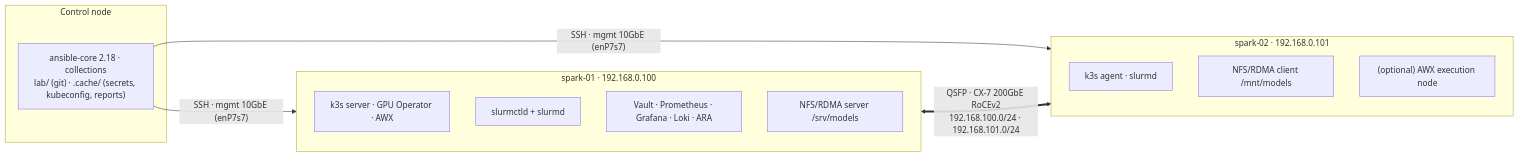
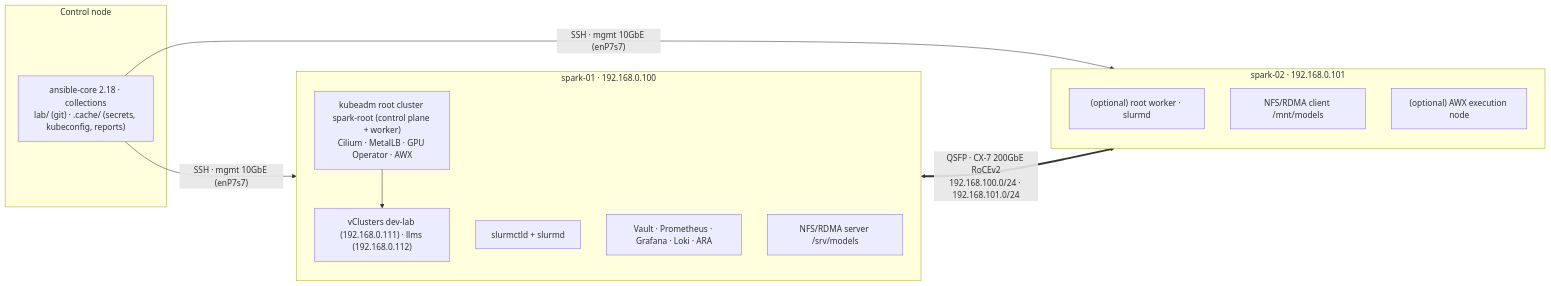
Before and after one commit to cloudone365/technical-depth: the diagram in 01 Ansible/README.md, drawn with Mermaid. The commit also changed other lines of this file and 53 other files, not shown here.

First line of the commit message:
Rewrite 01 Ansible and 02 Kubernetes volumes for the kubeadm root + two vClusters

````diff
--- a/01 Ansible/README.md
+++ b/01 Ansible/README.md
@@ -11,21 +11,23 @@
 ```mermaid
 flowchart LR
   subgraph CTL["Control node"]
     ANS["ansible-core 2.18 · collections<br/>lab/ (git) · .cache/ (secrets, kubeconfig, reports)"]
   end
   subgraph S1["spark-01 · 192.168.0.100"]
     direction TB
-    S1A["k3s server · GPU Operator · AWX"]
+    S1A["kubeadm root cluster spark-root (control plane + worker)<br/>Cilium · MetalLB · GPU Operator · AWX"]
+    S1V["vClusters dev-lab (192.168.0.111) · llms (192.168.0.112)"]
     S1B["slurmctld + slurmd"]
     S1C["Vault · Prometheus · Grafana · Loki · ARA"]
     S1D["NFS/RDMA server /srv/models"]
   end
   subgraph S2["spark-02 · 192.168.0.101"]
     direction TB
-    S2A["k3s agent · slurmd"]
+    S2A["(optional) root worker · slurmd"]
     S2B["NFS/RDMA client /mnt/models"]
     S2C["(optional) AWX execution node"]
   end
   ANS -- "SSH · mgmt 10GbE (enP7s7)" --> S1 & S2
+  S1A --> S1V
   S1 <== "QSFP · CX-7 200GbE RoCEv2<br/>192.168.100.0/24 · 192.168.101.0/24" ==> S2
 ```
````
